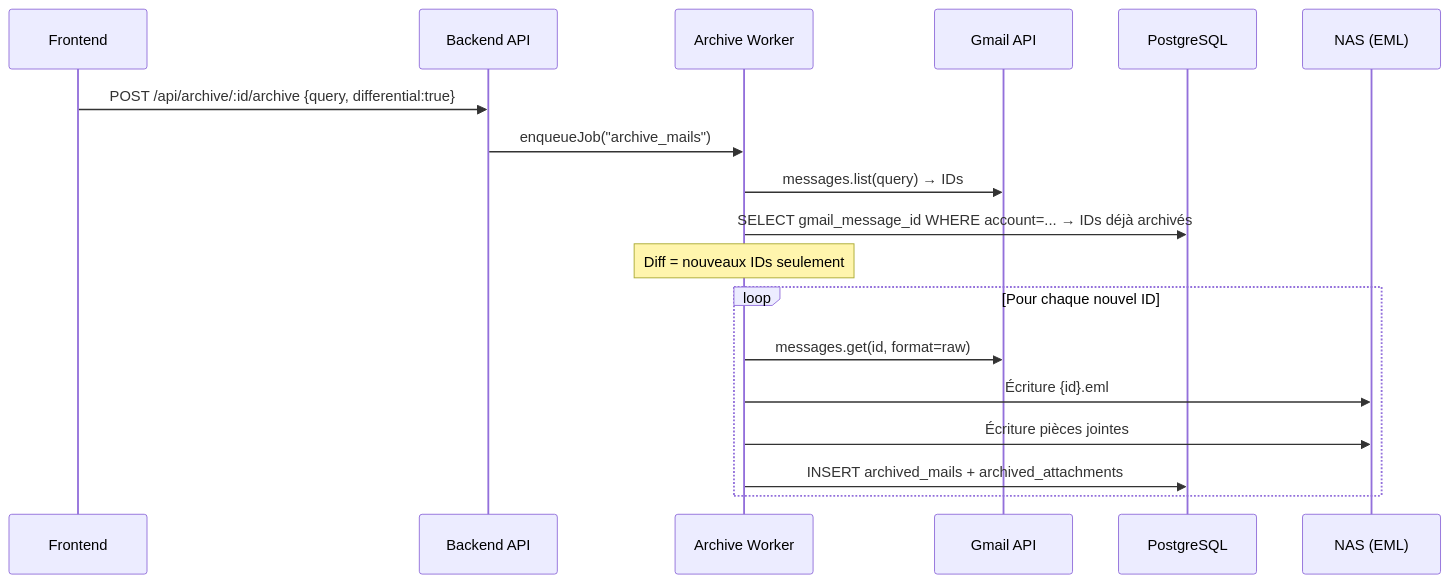
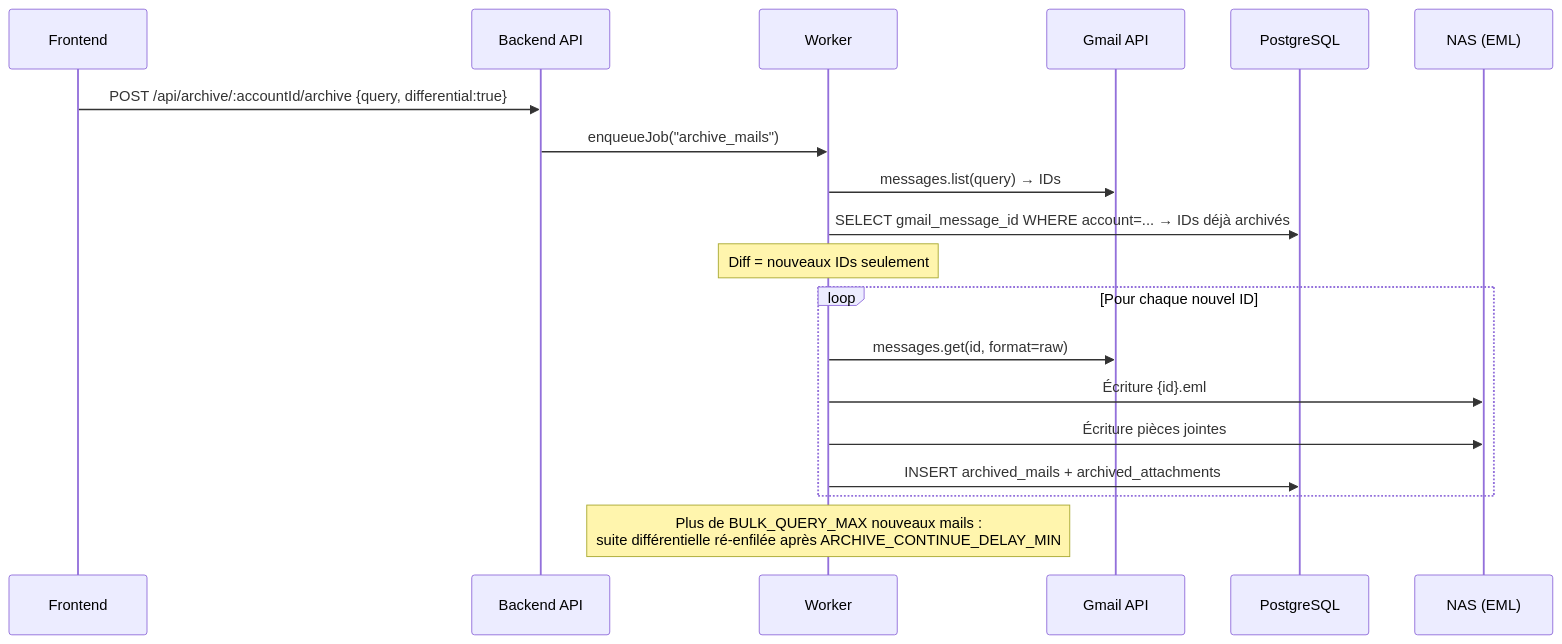
One commit to Le-Nid/nid changed the third of 4 diagrams in docs/fr/technical/overview.md. Above: the diagram before and after it, drawn with Mermaid. The commit also changed other lines of this file and 13 other files, not shown here.

First line of the commit message:
docs(technical): align architecture pages with the current code

````diff
--- a/docs/fr/technical/overview.md
+++ b/docs/fr/technical/overview.md
@@ -68,23 +72,24 @@
 ```mermaid
 sequenceDiagram
     participant UI as Frontend
     participant API as Backend API
-    participant Worker as Archive Worker
+    participant Worker as Worker
     participant Gmail as Gmail API
     participant PG as PostgreSQL
     participant NAS as NAS (EML)
 
-    UI->>API: POST /api/archive/:id/archive {query, differential:true}
+    UI->>API: POST /api/archive/:accountId/archive {query, differential:true}
     API->>Worker: enqueueJob("archive_mails")
     
     Worker->>Gmail: messages.list(query) → IDs
     Worker->>PG: SELECT gmail_message_id WHERE account=... → IDs déjà archivés
     Note over Worker: Diff = nouveaux IDs seulement
     
     loop Pour chaque nouvel ID
         Worker->>Gmail: messages.get(id, format=raw)
         Worker->>NAS: Écriture {id}.eml
         Worker->>NAS: Écriture pièces jointes
         Worker->>PG: INSERT archived_mails + archived_attachments
     end
+    Note over Worker: Plus de BULK_QUERY_MAX nouveaux mails :<br/>suite différentielle ré-enfilée après ARCHIVE_CONTINUE_DELAY_MIN
 ```
````
